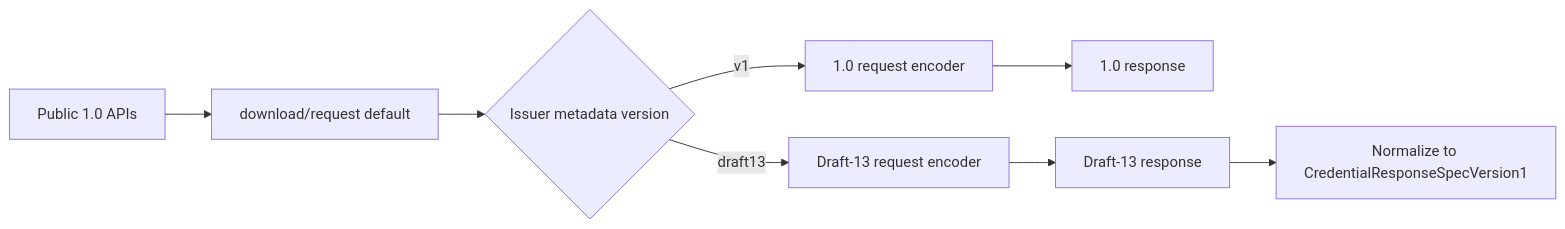
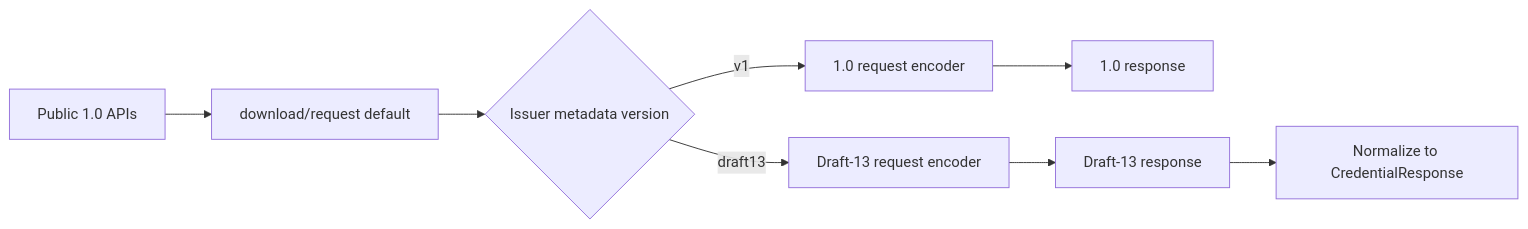
Before and after one commit to inji/inji-vci-client-ios-swift: the second of 4 diagrams in docs/adr/0001-openid4vci-v1-migration.md, drawn with Mermaid. The commit also changed other lines of this file and 44 other files, not shown here.

````diff
--- a/docs/adr/0001-openid4vci-v1-migration.md
+++ b/docs/adr/0001-openid4vci-v1-migration.md
@@ -126,14 +127,14 @@
 ```mermaid
 flowchart LR
     A[Public 1.0 APIs] --> B[download/request default]
 
     B --> C{Issuer metadata version}
 
     C -->|v1| D[1.0 request encoder]
     C -->|draft13| E[Draft-13 request encoder]
 
     D --> F[1.0 response]
     E --> G[Draft-13 response]
 
-    G --> H[Normalize to CredentialResponseSpecVersion1]
+    G --> H[Normalize to CredentialResponse]
 ```
````
